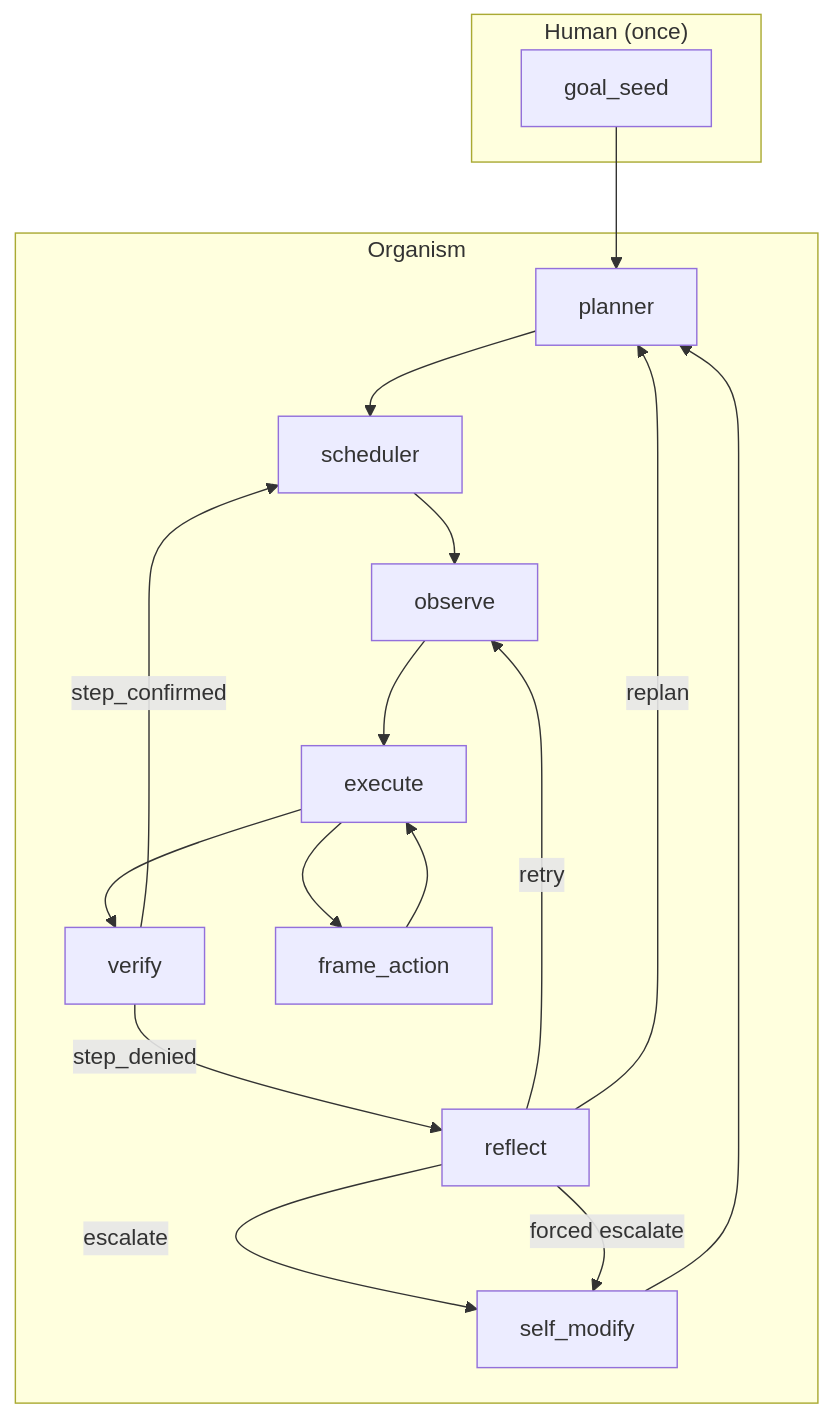
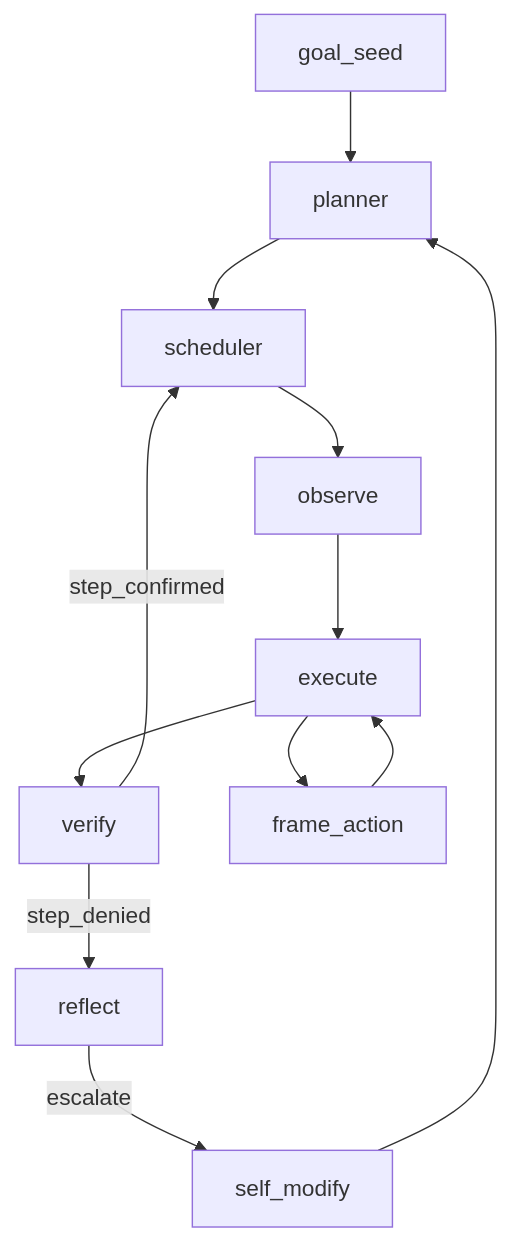
The diagram in README.md (wgabrys88/endgame-ai), drawn with Mermaid before and after one commit. The commit also changed other lines of this file, not shown here.

````diff
--- a/README.md
+++ b/README.md
@@ -35,21 +23,9 @@
 ```mermaid
 flowchart TB
-  subgraph human["Human (once)"]
-    G[goal_seed]
-  end
-
-  subgraph loop["Organism"]
-    P[planner] --> SCH[scheduler] --> OBS[observe]
-    OBS --> EX[execute]
-    EX --> VF[verify]
-    EX --> FA[frame_action] --> EX
-    VF -->|step_confirmed| SCH
-    VF -->|step_denied| RF[reflect]
-    RF -->|retry| OBS
-    RF -->|replan| P
-    RF -->|escalate| SM[self_modify] --> P
-    RF -->|forced escalate| SM
-  end
-
-  G --> P
+  G[goal_seed] --> P[planner] --> SCH[scheduler] --> OBS[observe]
+  OBS --> EX[execute] --> VF[verify]
+  EX --> FA[frame_action] --> EX
+  VF -->|step_denied| RF[reflect]
+  RF -->|escalate| SM[self_modify] --> P
+  VF -->|step_confirmed| SCH
 ```
````
